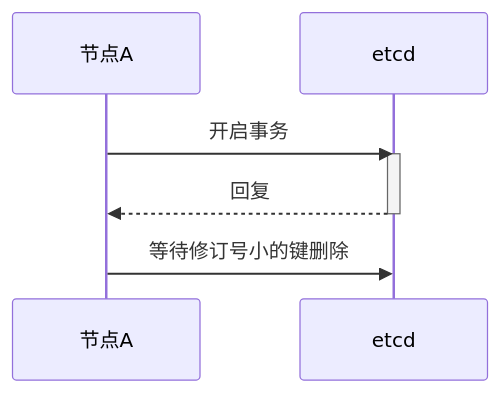
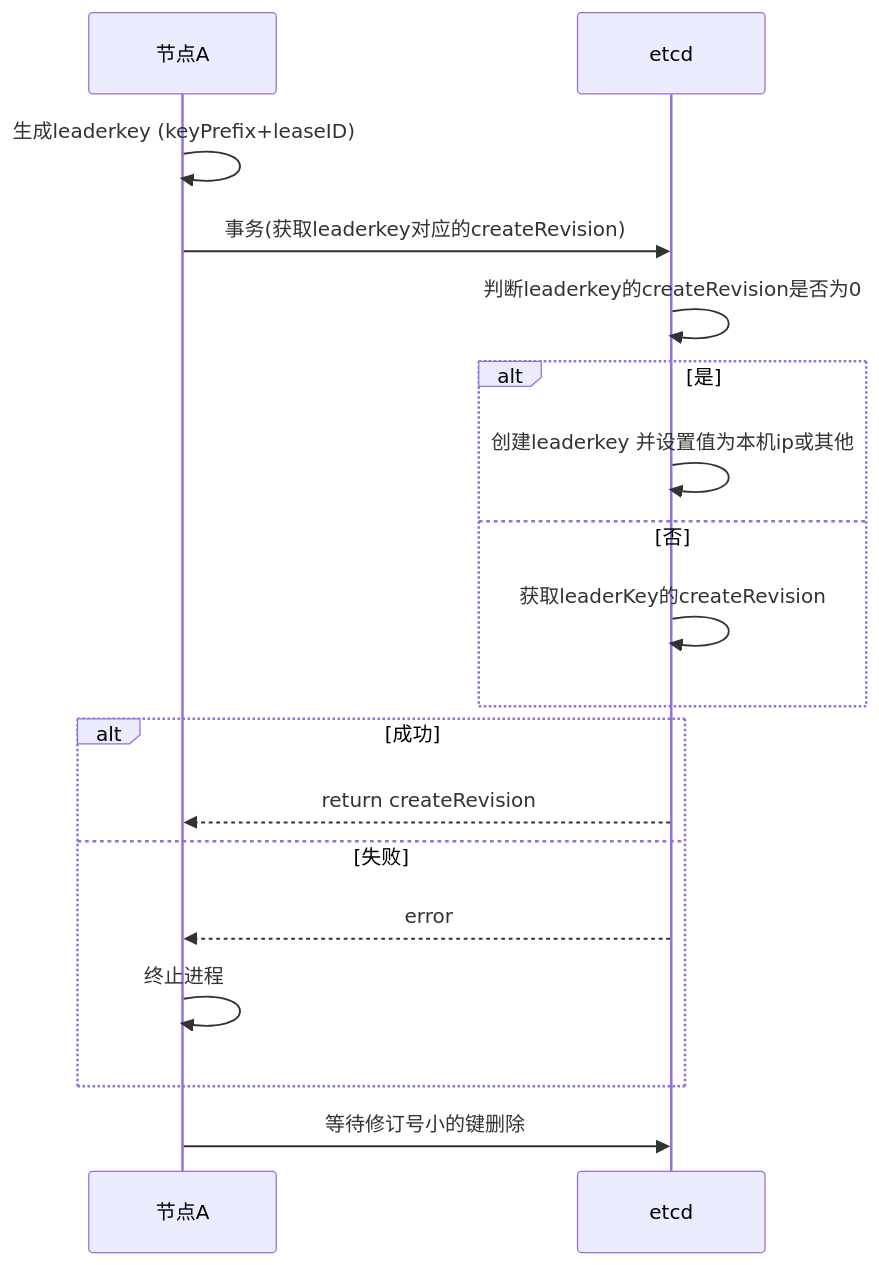
Before and after one commit to suohailong/distributed-learning-lab: the diagram in election/etcdleader/etcd_select.md, drawn with Mermaid.

Commit message:
feat: Select the master node logic described as a graph

````diff
--- a/election/etcdleader/etcd_select.md
+++ b/election/etcdleader/etcd_select.md
@@ -4,8 +4,20 @@
 ```mermaid
     sequenceDiagram
-    节点A ->> etcd: 开启事务 
-    activate etcd
-    etcd -->> 节点A: 回复 
-    deactivate etcd
+    节点A ->> 节点A: 生成leaderkey (keyPrefix+leaseID) 
+    节点A ->> etcd: 事务(获取leaderkey对应的createRevision) 
+    etcd ->> etcd: 判断leaderkey的createRevision是否为0
+    alt 是
+    etcd ->> etcd: 创建leaderkey 并设置值为本机ip或其他
+    else 否
+    etcd ->> etcd: 获取leaderKey的createRevision
+    end
+    alt 成功
+    etcd -->> 节点A: return createRevision
+    else 失败
+    etcd -->> 节点A: error
+    节点A ->> 节点A: 终止进程
+    end
+    
+
     节点A ->> etcd: 等待修订号小的键删除 
 ```
````
